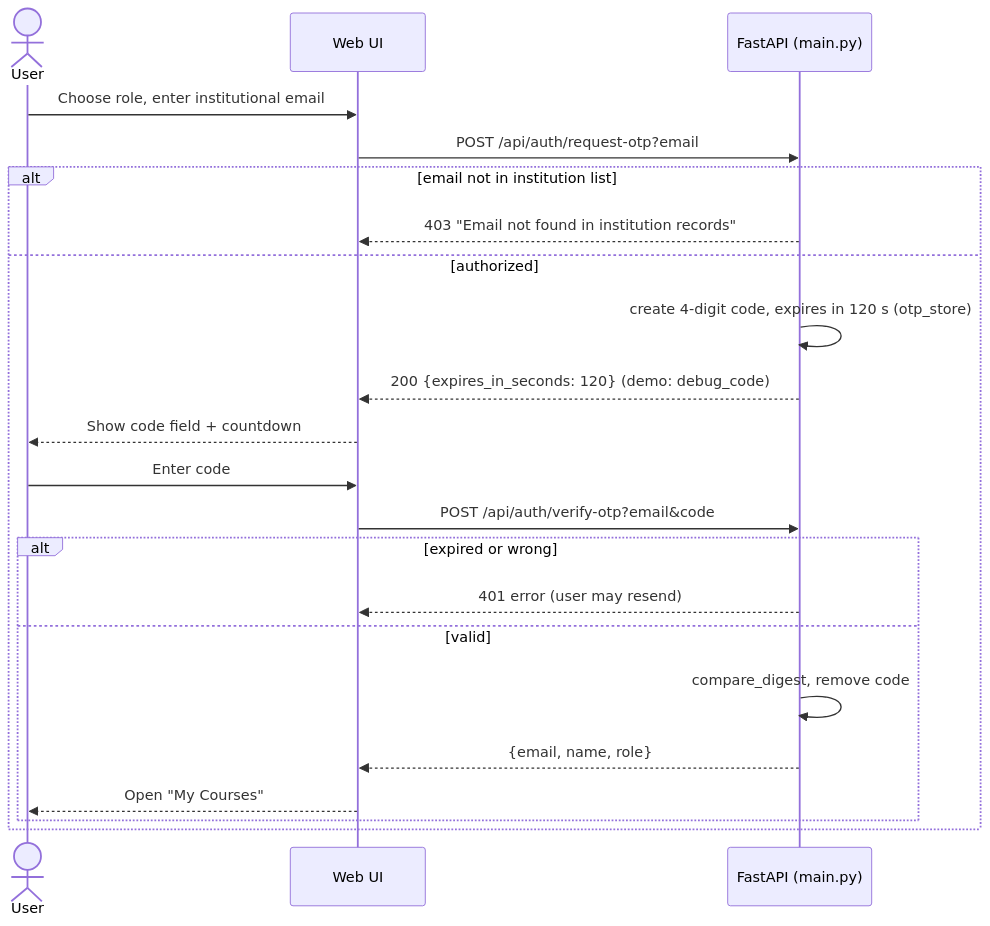
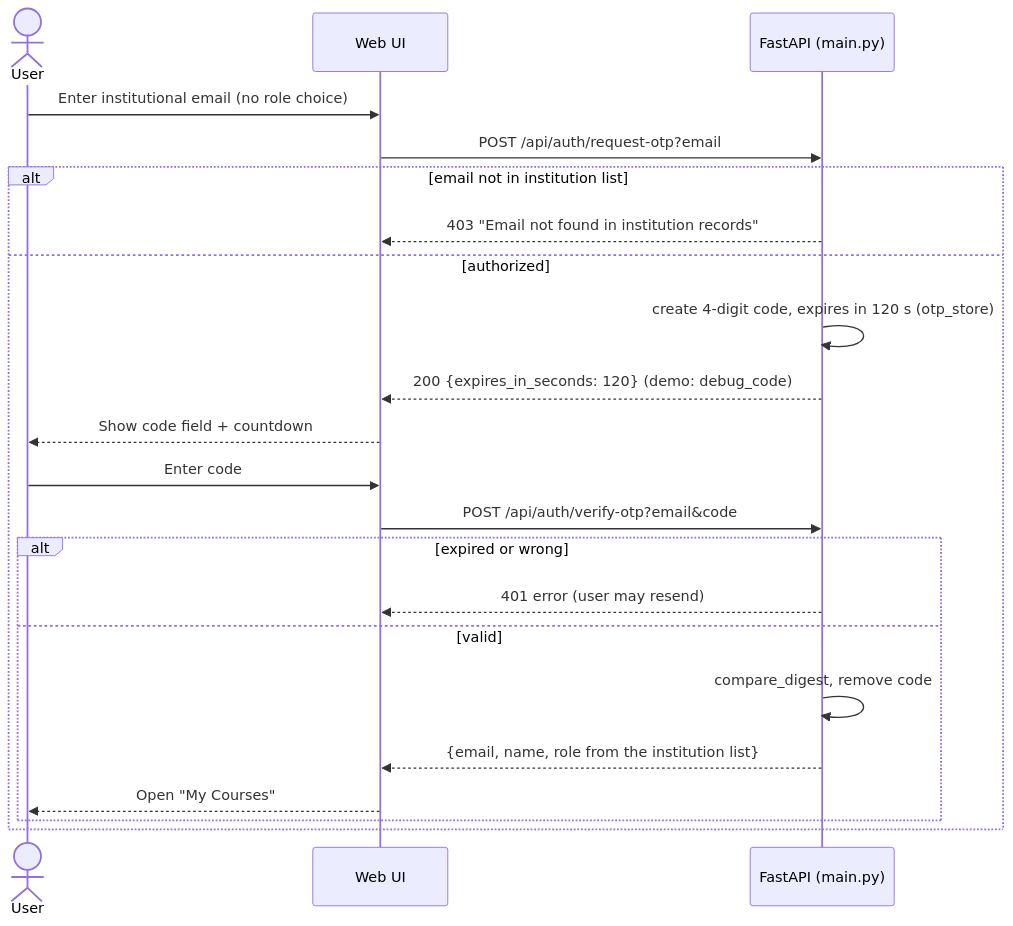
One commit to YairCohen3/OOP-Ex2 changed the first of 6 diagrams in Documents/Sequence Diagrams.md. Above: the diagram before and after it, drawn with Mermaid. The commit also changed other lines of this file and 21 other files, not shown here.

````diff
--- a/Documents/Sequence Diagrams.md
+++ b/Documents/Sequence Diagrams.md
@@ -18,25 +18,25 @@
 ```mermaid
 sequenceDiagram
     actor U as User
     participant UI as Web UI
     participant API as FastAPI (main.py)
 
-    U->>UI: Choose role, enter institutional email
+    U->>UI: Enter institutional email (no role choice)
     UI->>API: POST /api/auth/request-otp?email
     alt email not in institution list
         API-->>UI: 403 "Email not found in institution records"
     else authorized
         API->>API: create 4-digit code, expires in 120 s (otp_store)
         API-->>UI: 200 {expires_in_seconds: 120} (demo: debug_code)
         UI-->>U: Show code field + countdown
         U->>UI: Enter code
         UI->>API: POST /api/auth/verify-otp?email&code
         alt expired or wrong
             API-->>UI: 401 error (user may resend)
         else valid
             API->>API: compare_digest, remove code
-            API-->>UI: {email, name, role}
+            API-->>UI: {email, name, role from the institution list}
             UI-->>U: Open "My Courses"
         end
     end
 ```
````
